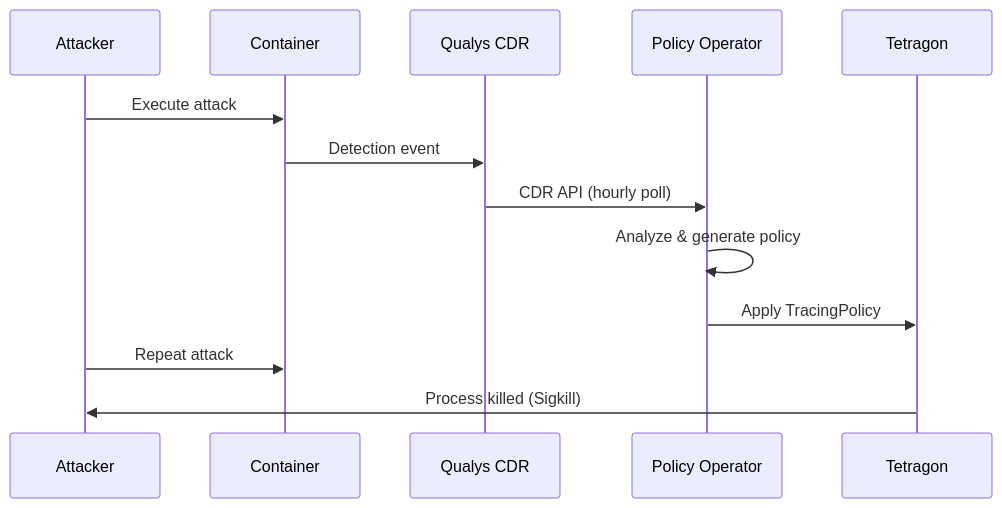
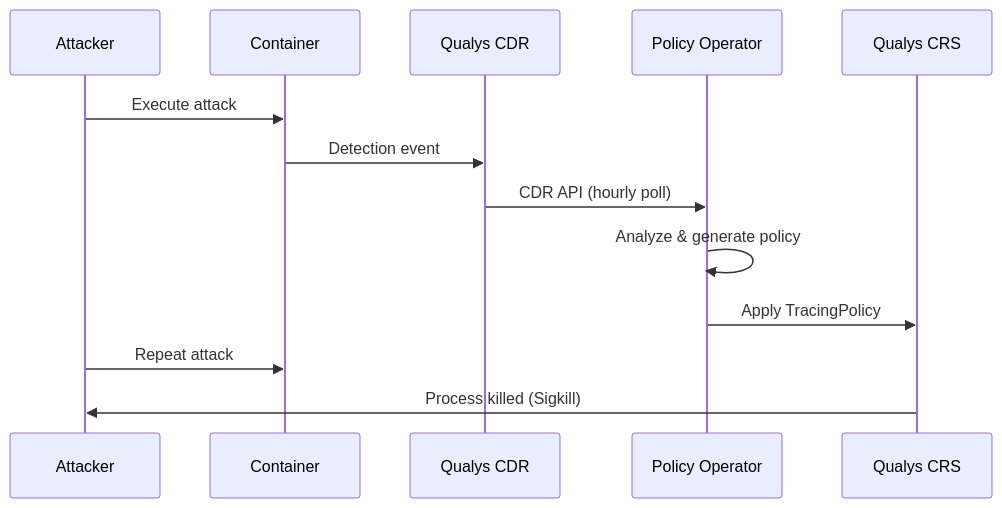
The second of 13 diagrams in docs/automated-threat-response.md (nelssec/qualys-ebpf), drawn with Mermaid before and after one commit. The commit also changed other lines of this file and 12 other files, not shown here.

Commit message:
Rebrand to Qualys CRS, expand policy generation (15 use cases), add validation tests

````diff
--- a/docs/automated-threat-response.md
+++ b/docs/automated-threat-response.md
@@ -32,16 +32,16 @@
 ```mermaid
 sequenceDiagram
     participant Attacker
     participant Container
     participant Qualys CDR
     participant Policy Operator
-    participant Tetragon
+    participant Qualys CRS
 
     Attacker->>Container: Execute attack
     Container->>Qualys CDR: Detection event
     Qualys CDR->>Policy Operator: CDR API (hourly poll)
     Policy Operator->>Policy Operator: Analyze & generate policy
-    Policy Operator->>Tetragon: Apply TracingPolicy
+    Policy Operator->>Qualys CRS: Apply TracingPolicy
     Attacker->>Container: Repeat attack
-    Tetragon->>Attacker: Process killed (Sigkill)
+    Qualys CRS->>Attacker: Process killed (Sigkill)
 ```
````
